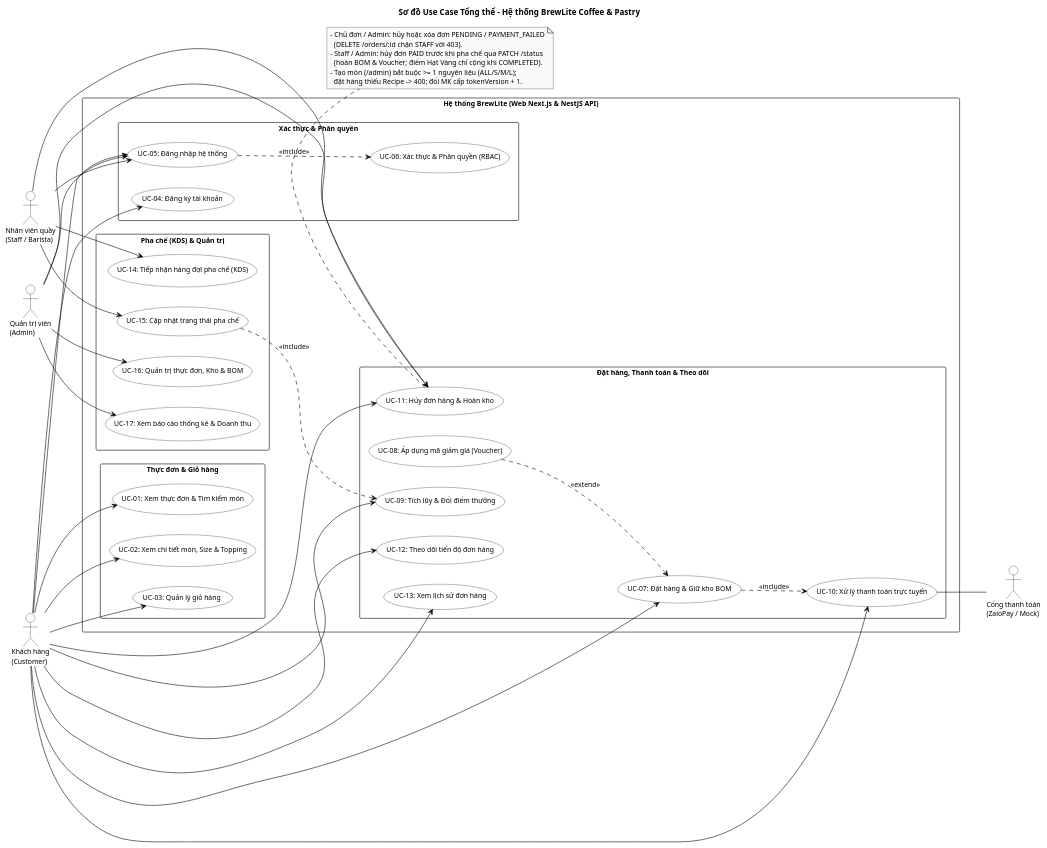
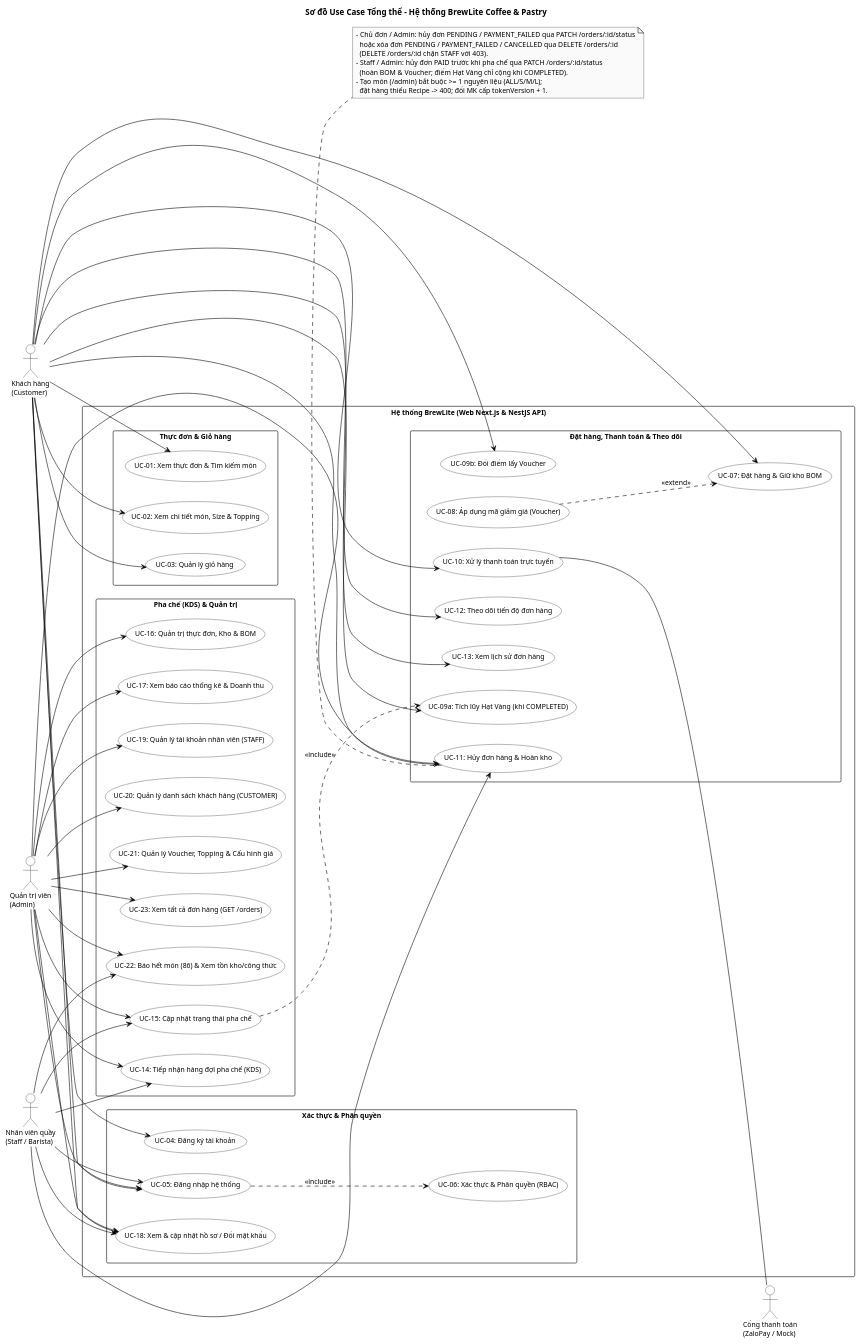
Before and after one commit to MaGiaVy/BrewLite_project: the diagram in docs/diagrams/use-case.puml, drawn with PlantUML. The commit also changed 77 other files, not shown here.

Commit message:
fix(all): sync 5m TTL, state machine, ZaloPay cancel, voucher/admin fixes, UMLs & test logs

```diff
--- a/docs/diagrams/use-case.puml
+++ b/docs/diagrams/use-case.puml
@@ -1,107 +1,126 @@
 @startuml
 left to right direction
 skinparam monochrome true
 skinparam shadowing false
 skinparam backgroundColor #FFFFFF
 skinparam defaultFontName "Arial"
 skinparam defaultFontSize 12
 skinparam packageStyle rectangle
 skinparam ArrowColor #000000
 skinparam actor {
   BackgroundColor #FFFFFF
   BorderColor #000000
   FontColor #000000
 }
 skinparam usecase {
   BackgroundColor #FFFFFF
   BorderColor #000000
   FontColor #000000
 }
 skinparam rectangle {
   BackgroundColor #FFFFFF
   BorderColor #000000
   FontColor #000000
 }
 
 title Sơ đồ Use Case Tổng thể - Hệ thống BrewLite Coffee & Pastry
 
 actor "Khách hàng\n(Customer)" as Customer
 actor "Nhân viên quầy\n(Staff / Barista)" as Staff
 actor "Quản trị viên\n(Admin)" as Admin
 actor "Cổng thanh toán\n(ZaloPay / Mock)" as Gateway
 
 rectangle "Hệ thống BrewLite (Web Next.js & NestJS API)" {
   package "Thực đơn & Giỏ hàng" {
     usecase "UC-01: Xem thực đơn & Tìm kiếm món" as UC01
     usecase "UC-02: Xem chi tiết món, Size & Topping" as UC02
     usecase "UC-03: Quản lý giỏ hàng" as UC03
   }
 
   package "Xác thực & Phân quyền" {
     usecase "UC-04: Đăng ký tài khoản" as UC04
     usecase "UC-05: Đăng nhập hệ thống" as UC05
     usecase "UC-06: Xác thực & Phân quyền (RBAC)" as UC06
+    usecase "UC-18: Xem & cập nhật hồ sơ / Đổi mật khẩu" as UC18
   }
 
   package "Đặt hàng, Thanh toán & Theo dõi" {
     usecase "UC-07: Đặt hàng & Giữ kho BOM" as UC07
     usecase "UC-08: Áp dụng mã giảm giá (Voucher)" as UC08
-    usecase "UC-09: Tích lũy & Đổi điểm thưởng" as UC09
+    usecase "UC-09a: Tích lũy Hạt Vàng (khi COMPLETED)" as UC09a
+    usecase "UC-09b: Đổi điểm lấy Voucher" as UC09b
     usecase "UC-10: Xử lý thanh toán trực tuyến" as UC10
     usecase "UC-11: Hủy đơn hàng & Hoàn kho" as UC11
     usecase "UC-12: Theo dõi tiến độ đơn hàng" as UC12
     usecase "UC-13: Xem lịch sử đơn hàng" as UC13
   }
 
   package "Pha chế (KDS) & Quản trị" {
     usecase "UC-14: Tiếp nhận hàng đợi pha chế (KDS)" as UC14
     usecase "UC-15: Cập nhật trạng thái pha chế" as UC15
     usecase "UC-16: Quản trị thực đơn, Kho & BOM" as UC16
     usecase "UC-17: Xem báo cáo thống kê & Doanh thu" as UC17
+    usecase "UC-19: Quản lý tài khoản nhân viên (STAFF)" as UC19
+    usecase "UC-20: Quản lý danh sách khách hàng (CUSTOMER)" as UC20
+    usecase "UC-21: Quản lý Voucher, Topping & Cấu hình giá" as UC21
+    usecase "UC-22: Báo hết món (86) & Xem tồn kho/công thức" as UC22
+    usecase "UC-23: Xem tất cả đơn hàng (GET /orders)" as UC23
   }
 }
 
 ' Khách hàng
 Customer --> UC01
 Customer --> UC02
 Customer --> UC03
 Customer --> UC04
 Customer --> UC05
+Customer --> UC18
 Customer --> UC07
-Customer --> UC09
+Customer --> UC09a
+Customer --> UC09b
 Customer --> UC10
 Customer --> UC11
 Customer --> UC12
 Customer --> UC13
 
 ' Nhân viên quầy (Barista)
 Staff --> UC05
+Staff --> UC18
 Staff --> UC11
 Staff --> UC14
 Staff --> UC15
+Staff --> UC22
 
 ' Quản trị viên (Admin)
 Admin --> UC05
+Admin --> UC18
 Admin --> UC11
+Admin --> UC14
+Admin --> UC15
 Admin --> UC16
 Admin --> UC17
+Admin --> UC19
+Admin --> UC20
+Admin --> UC21
+Admin --> UC22
+Admin --> UC23
 
 ' Tác nhân ngoài
 UC10 -- Gateway
 
 ' Quan hệ Include / Extend
 UC05 ..> UC06 : <<include>>
 UC08 ..> UC07 : <<extend>>
-UC07 ..> UC10 : <<include>>
-UC15 ..> UC09 : <<include>>
+UC15 ..> UC09a : <<include>>
 
 note bottom of UC11
-  - Chủ đơn / Admin: hủy hoặc xóa đơn PENDING / PAYMENT_FAILED
+  - Chủ đơn / Admin: hủy đơn PENDING / PAYMENT_FAILED qua PATCH /orders/:id/status
+    hoặc xóa đơn PENDING / PAYMENT_FAILED / CANCELLED qua DELETE /orders/:id
     (DELETE /orders/:id chặn STAFF với 403).
-  - Staff / Admin: hủy đơn PAID trước khi pha chế qua PATCH /status
+  - Staff / Admin: hủy đơn PAID trước khi pha chế qua PATCH /orders/:id/status
     (hoàn BOM & Voucher; điểm Hạt Vàng chỉ cộng khi COMPLETED).
   - Tạo món (/admin) bắt buộc >= 1 nguyên liệu (ALL/S/M/L);
     đặt hàng thiếu Recipe -> 400; đổi MK cấp tokenVersion + 1.
 end note
 
 @enduml
```
